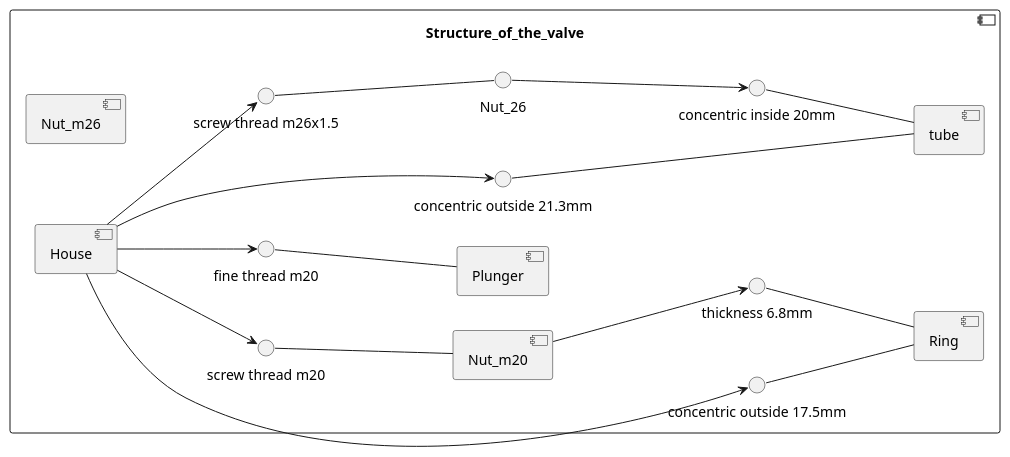
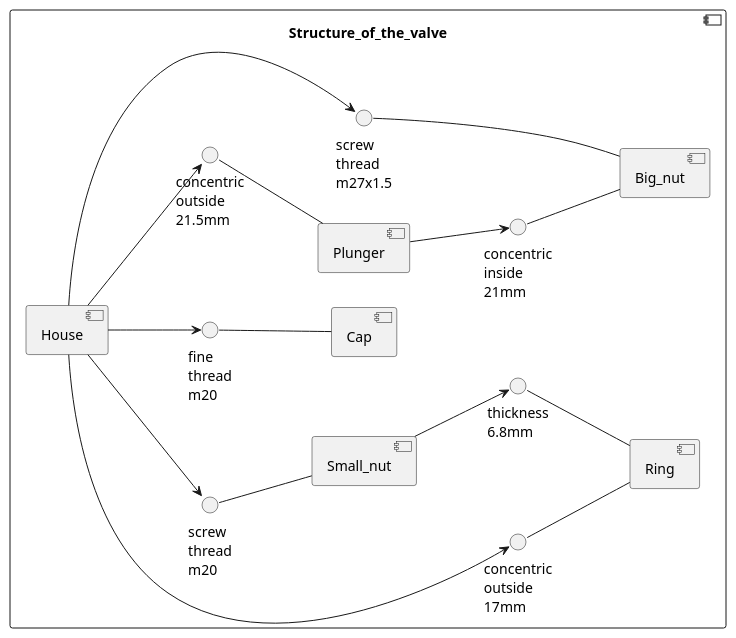
Before and after one commit to Timon14kraan/Project-Proces-and-Safety: the second of 2 diagrams in src/Introduction.md, drawn with PlantUML. The commit also changed other lines of this file and 2 other files, not shown here.

Commit message:
aanpassingen structure of the valve

````diff
--- a/src/Introduction.md
+++ b/src/Introduction.md
@@ -64,37 +64,37 @@
 ```plantuml
 @startuml Process_and_Safety
 skinparam backgroundColor transparent
 left to right direction
 'skinparam linetype ortho
 
 component Structure_of_the_valve {
     
     [Ring]
-    () "concentric outside 17.5mm" -- Ring
-    () "thickness 6.8mm" -- Ring
+    () "concentric\noutside\n17mm" -- Ring
+    () "thickness\n6.8mm" -- Ring
 
-    [Nut_m20]
-    () "screw thread m20" -- Nut_m20
-    Nut_m20 --> "thickness 6.8mm"
+    [Small_nut]
+    () "screw\nthread\nm20" -- Small_nut
+    Small_nut --> "thickness\n6.8mm"
+
+    [Cap]
+    () "fine\nthread\nm20" -- Cap
 
     [Plunger]
-    () "fine thread m20" -- Plunger
+    () "concentric\noutside\n21.5mm" -- Plunger
+     Plunger --> "concentric\ninside\n21mm"
 
-    [tube]
-    () "concentric outside 21.3mm" -- tube
-    () "concentric inside 20mm" -- tube
-
-    [Nut_m26]
-    () "screw thread m26x1.5" -- Nut_26
-     Nut_26 --> "concentric inside 20mm"
+    [Big_nut]
+    () "screw\nthread\nm27x1.5" -- Big_nut
+    () "concentric\ninside\n21mm" -- Big_nut
 
     [House]
-    House --> "concentric outside 17.5mm"
-    House --> "screw thread m20"
-    House --> "concentric outside 21.3mm"
-    House --> "screw thread m26x1.5"
-    House --> "fine thread m20"
+    House --> "concentric\noutside\n17mm"
+    House --> "screw\nthread\nm20"
+    House --> "concentric\noutside\n21.5mm"
+    House --> "screw\nthread\nm27x1.5"
+    House --> "fine\nthread\nm20"
 }
 
 @enduml
 ```
````
